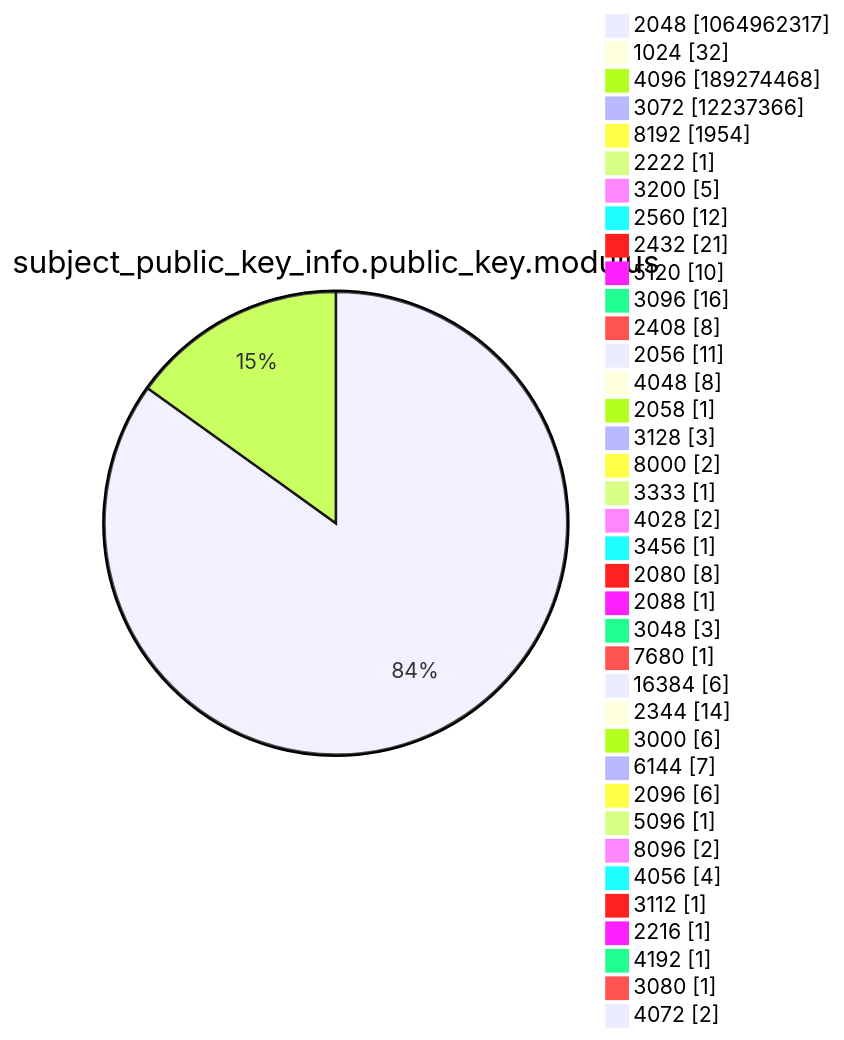
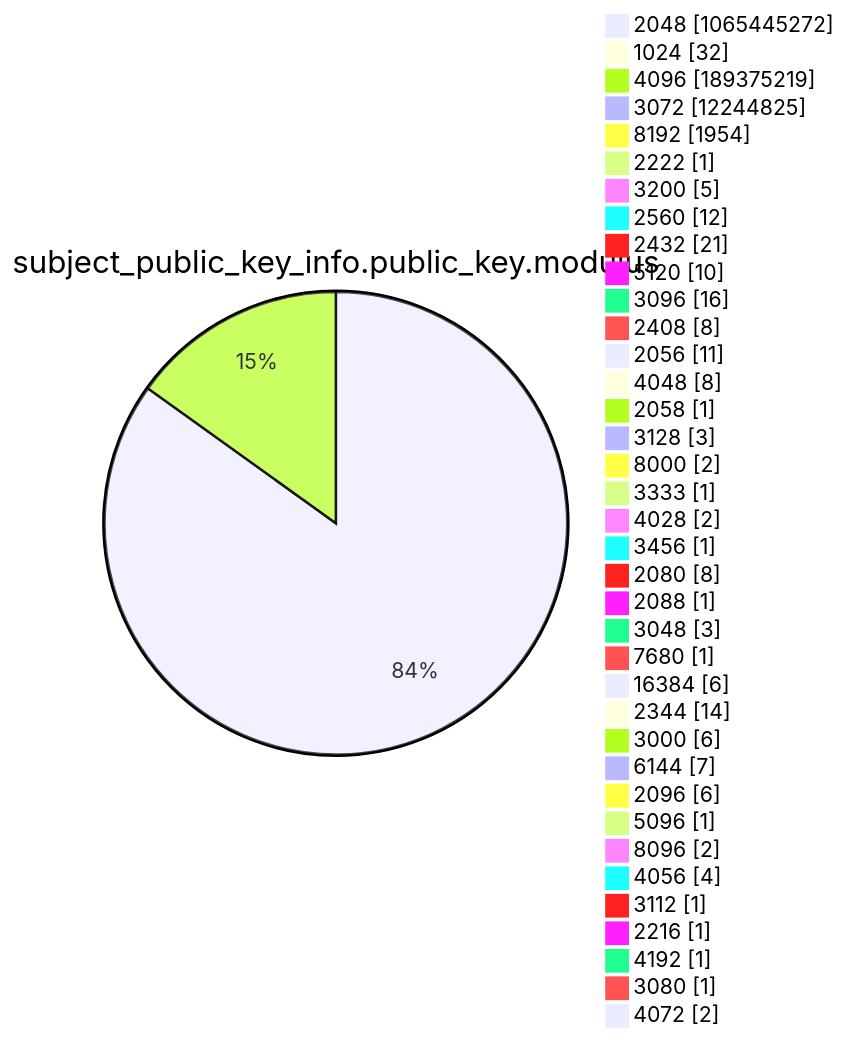
Diagram 13 of 15 in argon2022/README.md (christiankrug/ctmonitor_visualization), drawn with Mermaid before and after one commit. The commit also changed other lines of this file, not shown here.

````diff
--- a/argon2022/README.md
+++ b/argon2022/README.md
@@ -3589,41 +3589,41 @@
 ```mermaid
 pie showData
 title subject_public_key_info.public_key.modulus
-"2048" :1064962317
+"2048" :1065445272
 "1024" :32
-"4096" :189274468
-"3072" :12237366
+"4096" :189375219
+"3072" :12244825
 "8192" :1954
 "2222" :1
 "3200" :5
 "2560" :12
 "2432" :21
 "5120" :10
 "3096" :16
 "2408" :8
 "2056" :11
 "4048" :8
 "2058" :1
 "3128" :3
 "8000" :2
 "3333" :1
 "4028" :2
 "3456" :1
 "2080" :8
 "2088" :1
 "3048" :3
 "7680" :1
 "16384" :6
 "2344" :14
 "3000" :6
 "6144" :7
 "2096" :6
 "5096" :1
 "8096" :2
 "4056" :4
 "3112" :1
 "2216" :1
 "4192" :1
 "3080" :1
 "4072" :2
 ```
````
